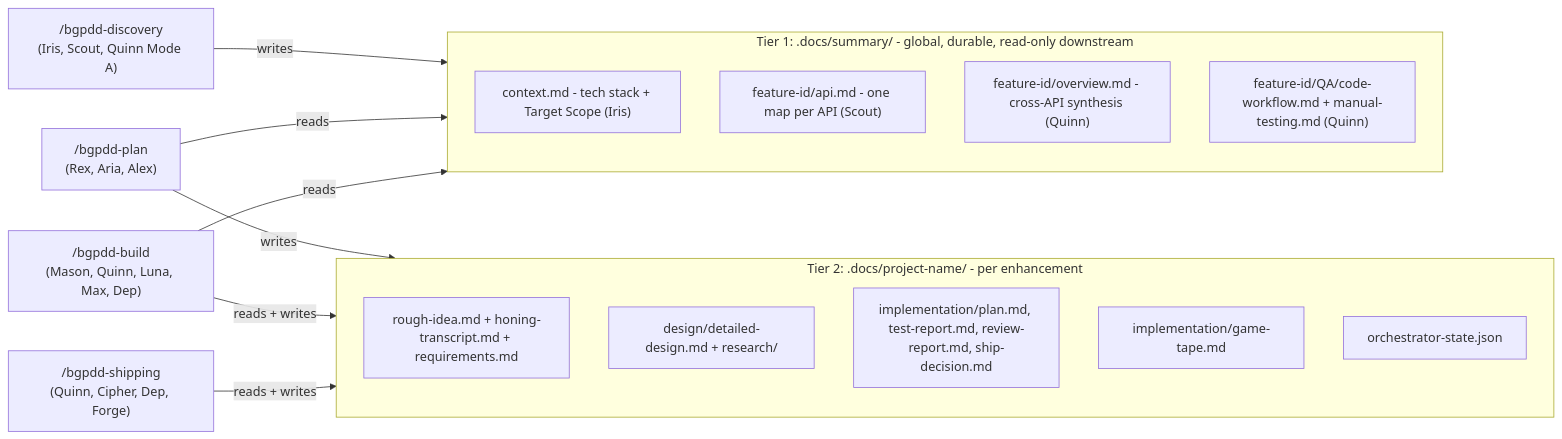
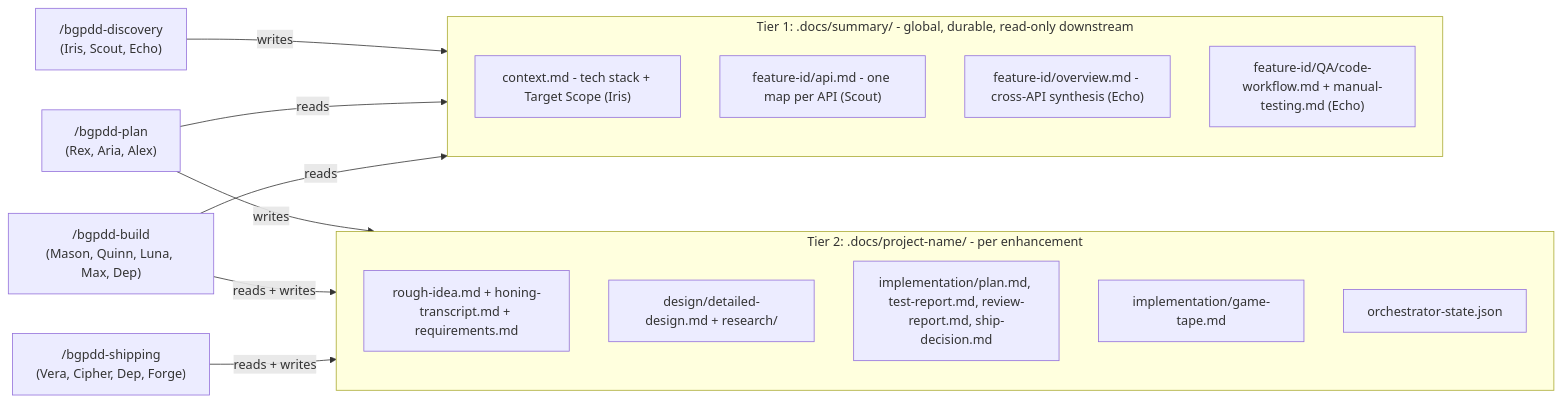
Before and after one commit to MuhammadShaharyarNaeem/blackgoat-agentskills: the second of 7 diagrams in README.md, drawn with Mermaid. The commit also changed other lines of this file and 20 other files, not shown here.

First line of the commit message:
Split Quinn into Quinn/Echo/Vera; trim wake-up loads; Max+Cipher lanes

````diff
--- a/README.md
+++ b/README.md
@@ -88,29 +88,29 @@
 ```mermaid
 flowchart LR
-    D["/bgpdd-discovery<br/>(Iris, Scout, Quinn Mode A)"]
+    D["/bgpdd-discovery<br/>(Iris, Scout, Echo)"]
     P["/bgpdd-plan<br/>(Rex, Aria, Alex)"]
     B["/bgpdd-build<br/>(Mason, Quinn, Luna, Max, Dep)"]
-    S["/bgpdd-shipping<br/>(Quinn, Cipher, Dep, Forge)"]
+    S["/bgpdd-shipping<br/>(Vera, Cipher, Dep, Forge)"]
 
     subgraph T1["Tier 1: .docs/summary/ - global, durable, read-only downstream"]
         C1["context.md - tech stack + Target Scope (Iris)"]
         F2["feature-id/api.md - one map per API (Scout)"]
-        F1["feature-id/overview.md - cross-API synthesis (Quinn)"]
-        F3["feature-id/QA/code-workflow.md + manual-testing.md (Quinn)"]
+        F1["feature-id/overview.md - cross-API synthesis (Echo)"]
+        F3["feature-id/QA/code-workflow.md + manual-testing.md (Echo)"]
     end
 
     subgraph T2["Tier 2: .docs/project-name/ - per enhancement"]
         R1["rough-idea.md + honing-transcript.md + requirements.md"]
         R2["design/detailed-design.md + research/"]
         R3["implementation/plan.md, test-report.md, review-report.md, ship-decision.md"]
         R4["implementation/game-tape.md"]
         R5["orchestrator-state.json"]
     end
 
     D -- writes --> T1
     P -- reads --> T1
     B -- reads --> T1
     P -- writes --> T2
     B -- reads + writes --> T2
     S -- reads + writes --> T2
 ```
````
